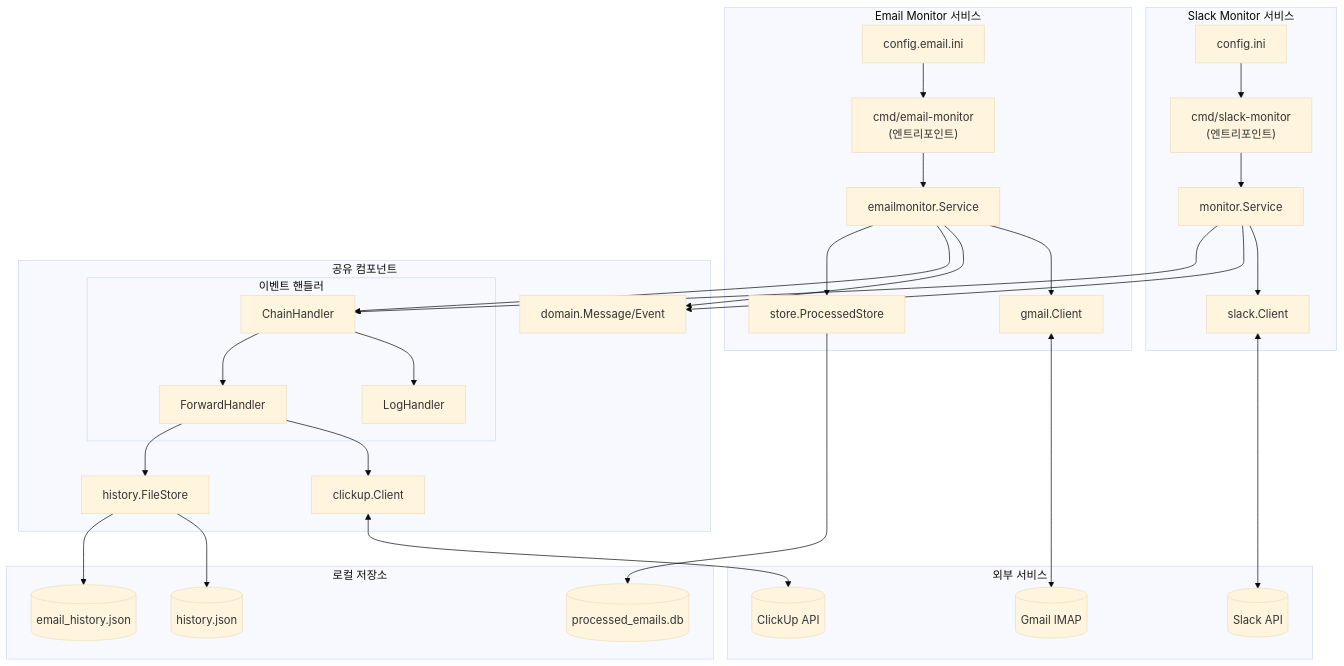
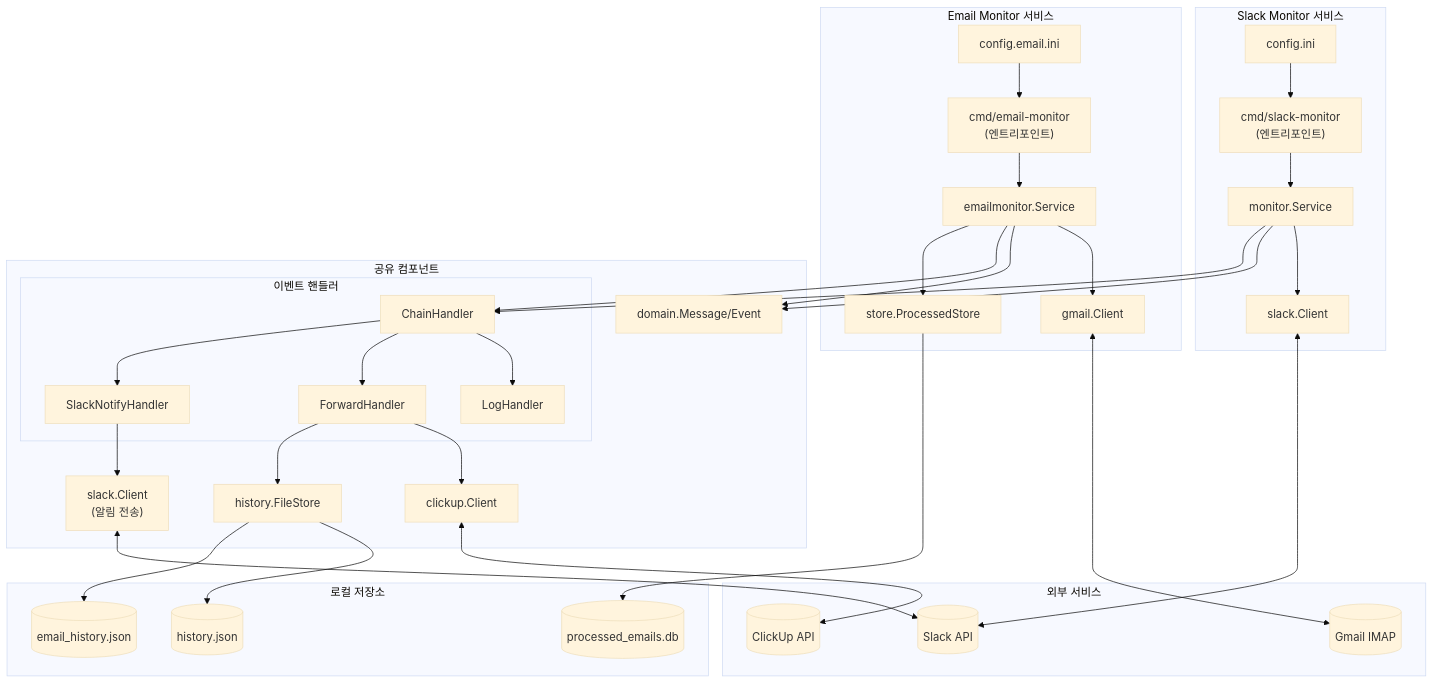
One commit to zime78/Slickwebhook changed the first of 9 diagrams in docs/ARCHITECTURE.md. Above: the diagram before and after it, drawn with Mermaid (base theme). The commit also changed other lines of this file and 5 other files, not shown here.

````diff
--- a/docs/ARCHITECTURE.md
+++ b/docs/ARCHITECTURE.md
@@ -18,67 +18,72 @@
 ```mermaid
 flowchart TB
     subgraph External["외부 서비스"]
         SLACK[("Slack API")]
         GMAIL[("Gmail IMAP")]
         CLICKUP[("ClickUp API")]
     end
 
     subgraph SlackMonitor["Slack Monitor 서비스"]
         SLACK_MAIN["cmd/slack-monitor<br/>(엔트리포인트)"]
         SLACK_CONFIG["config.ini"]
         SLACK_SERVICE["monitor.Service"]
         SLACK_CLIENT["slack.Client"]
     end
 
     subgraph EmailMonitor["Email Monitor 서비스"]
         EMAIL_MAIN["cmd/email-monitor<br/>(엔트리포인트)"]
         EMAIL_CONFIG["config.email.ini"]
         EMAIL_SERVICE["emailmonitor.Service"]
         GMAIL_CLIENT["gmail.Client"]
         PROCESSED_STORE["store.ProcessedStore"]
     end
 
     subgraph SharedComponents["공유 컴포넌트"]
         subgraph Handlers["이벤트 핸들러"]
             CHAIN["ChainHandler"]
             LOG["LogHandler"]
             FWD["ForwardHandler"]
+            SLACK_NOTIFY["SlackNotifyHandler"]
         end
         CLICKUP_CLIENT["clickup.Client"]
+        SLACK_NOTIFY_CLIENT["slack.Client<br/>(알림 전송)"]
         HISTORY["history.FileStore"]
         DOMAIN["domain.Message/Event"]
     end
 
     subgraph Storage["로컬 저장소"]
         SLACK_HISTORY[("history.json")]
         EMAIL_HISTORY[("email_history.json")]
         PROCESSED_DB[("processed_emails.db")]
     end
 
     %% Slack Monitor 흐름
     SLACK_CONFIG --> SLACK_MAIN
     SLACK_MAIN --> SLACK_SERVICE
     SLACK_SERVICE --> SLACK_CLIENT
     SLACK_CLIENT <--> SLACK
     SLACK_SERVICE --> DOMAIN
     SLACK_SERVICE --> CHAIN
 
     %% Email Monitor 흐름
     EMAIL_CONFIG --> EMAIL_MAIN
     EMAIL_MAIN --> EMAIL_SERVICE
     EMAIL_SERVICE --> GMAIL_CLIENT
     GMAIL_CLIENT <--> GMAIL
     EMAIL_SERVICE --> DOMAIN
     EMAIL_SERVICE --> CHAIN
     EMAIL_SERVICE --> PROCESSED_STORE
     PROCESSED_STORE --> PROCESSED_DB
 
     %% 공유 핸들러 흐름
     CHAIN --> LOG
     CHAIN --> FWD
+    CHAIN --> SLACK_NOTIFY
     FWD --> CLICKUP_CLIENT
     CLICKUP_CLIENT <--> CLICKUP
     FWD --> HISTORY
     HISTORY --> SLACK_HISTORY
     HISTORY --> EMAIL_HISTORY
+    SLACK_NOTIFY --> SLACK_NOTIFY_CLIENT
+    SLACK_NOTIFY_CLIENT <--> SLACK
 ```
````
